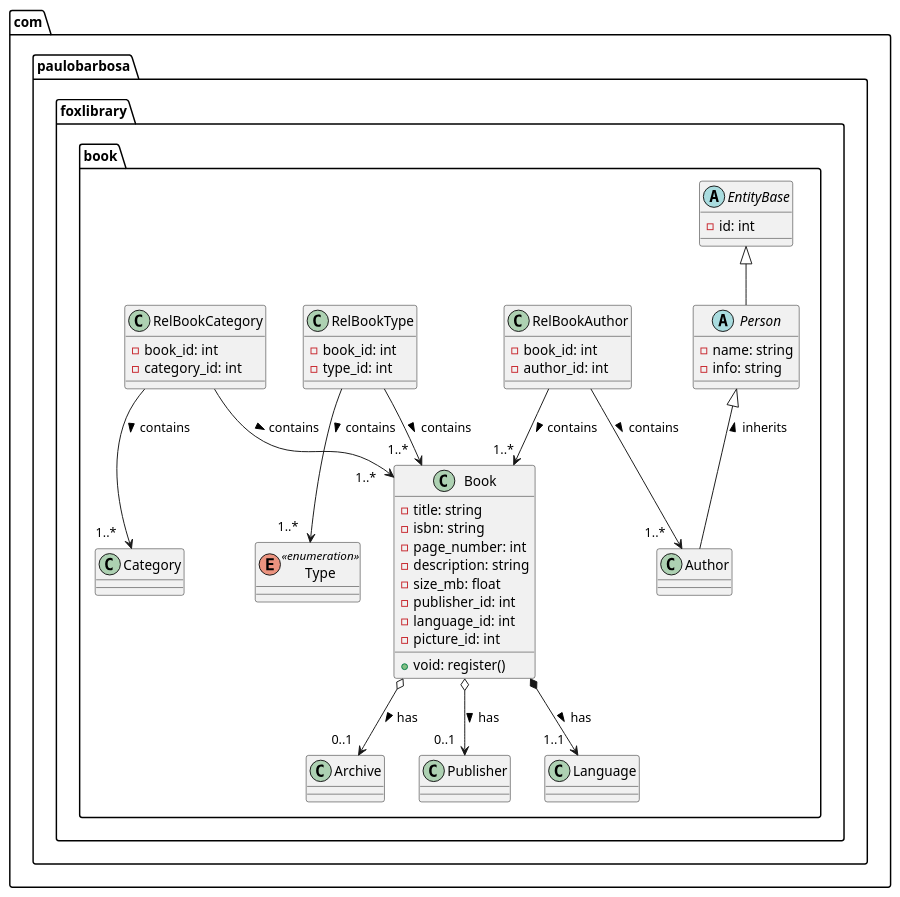
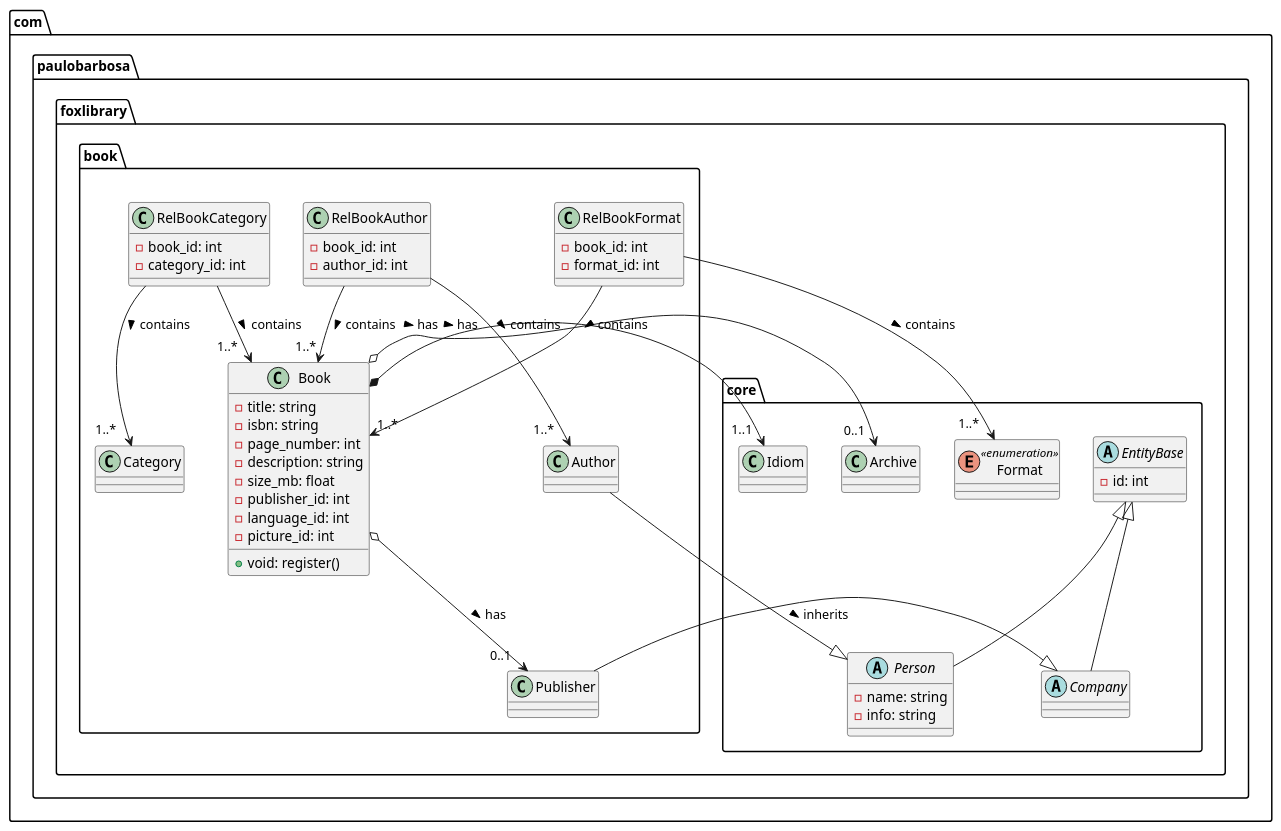
Before and after one commit to phjb/foxlibrary: the diagram in documentation/uml.puml, drawn with PlantUML. The commit also changed 3 other files, not shown here.

Commit message:
criate diagram uml

```diff
--- a/documentation/uml.puml
+++ b/documentation/uml.puml
@@ -1,86 +1,97 @@
 @startuml
 
-package com.paulobarbosa.foxlibrary.book {
-
+package com.paulobarbosa.foxlibrary.core {
 abstract class EntityBase{
 - id: int
 }
 
 abstract class Person{
 - name: string
 - info: string
 }
 
+abstract class Company{
+}
+
+class Idiom{
+}
 
  class Archive{
 }
+
+enum Format <<enumeration>>{
+}
+
+}
+
+package com.paulobarbosa.foxlibrary.book {
+
+
+
 
  class Publisher{
 }
 
  class Category{
 }
 
- class Language{
-}
 
-enum Type <<enumeration>>{
-}
 
  class Book {
  - title: string
  - isbn: string
  - page_number: int
  - description: string
  - size_mb: float
  - publisher_id: int
  - language_id: int
  - picture_id: int
  + void: register()
 }
 
-class RelBookType{
+class RelBookFormat{
 - book_id: int
-- type_id: int
+- format_id: int
 }
 
 class RelBookAuthor{
 - book_id: int
 - author_id: int
 }
 
 class RelBookCategory{
 - book_id: int
 - category_id: int
 }
 
 
 EntityBase <|-- Person
+EntityBase <|-- Company
+Company <|-- Publisher
 'EntityBase <|-- Archive
-'EntityBase <|-- Publisher
 'EntityBase <|-- Category
-'EntityBase <|-- Language
+'EntityBase <|-- Idiom
 
 Person <|-- Author : "< inherits "
 
 
-Book  *--> " 1..1  " Language : " has >"
+Book  *--> " 1..1  " Idiom : " has >"
 Book  o--> " 0..1  " Publisher : " has >"
 Book  o--> " 0..1  " Archive : " has >"
 
-RelBookType -down-> "1..*   " Book : " contains >"
-RelBookType -down-> "1..*   " Type : " contains >"
+RelBookFormat -down-> "1..*   " Book : " contains >"
+RelBookFormat -down-> "1..*   " Format : " contains >"
 
 RelBookAuthor -down-> "1..* " Book : " contains >"
 RelBookAuthor -down-> "1..*   " Author : " contains >"
 
 RelBookCategory -down-> "1..*   " Book : " contains >"
 RelBookCategory -down-> "1..*   " Category : " contains >"
 
 
 
 }
 
 
 
 @enduml
```
